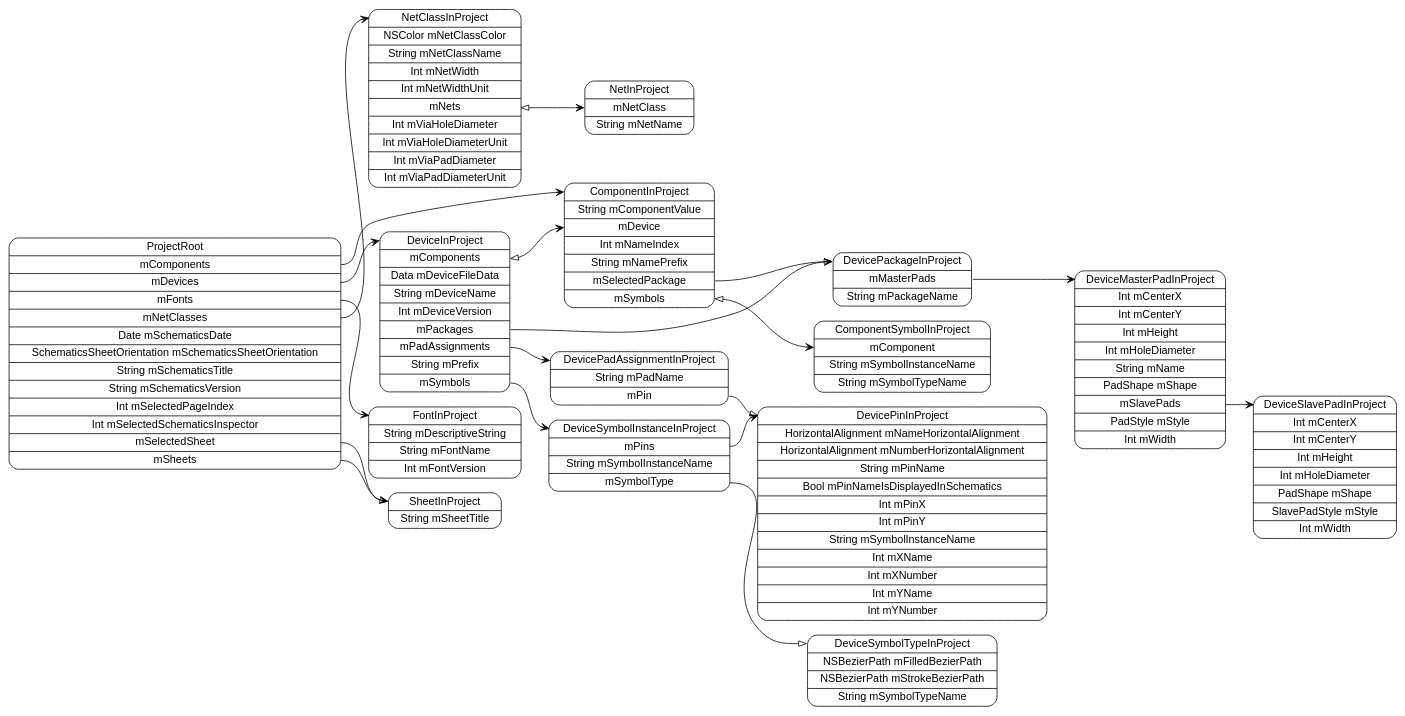
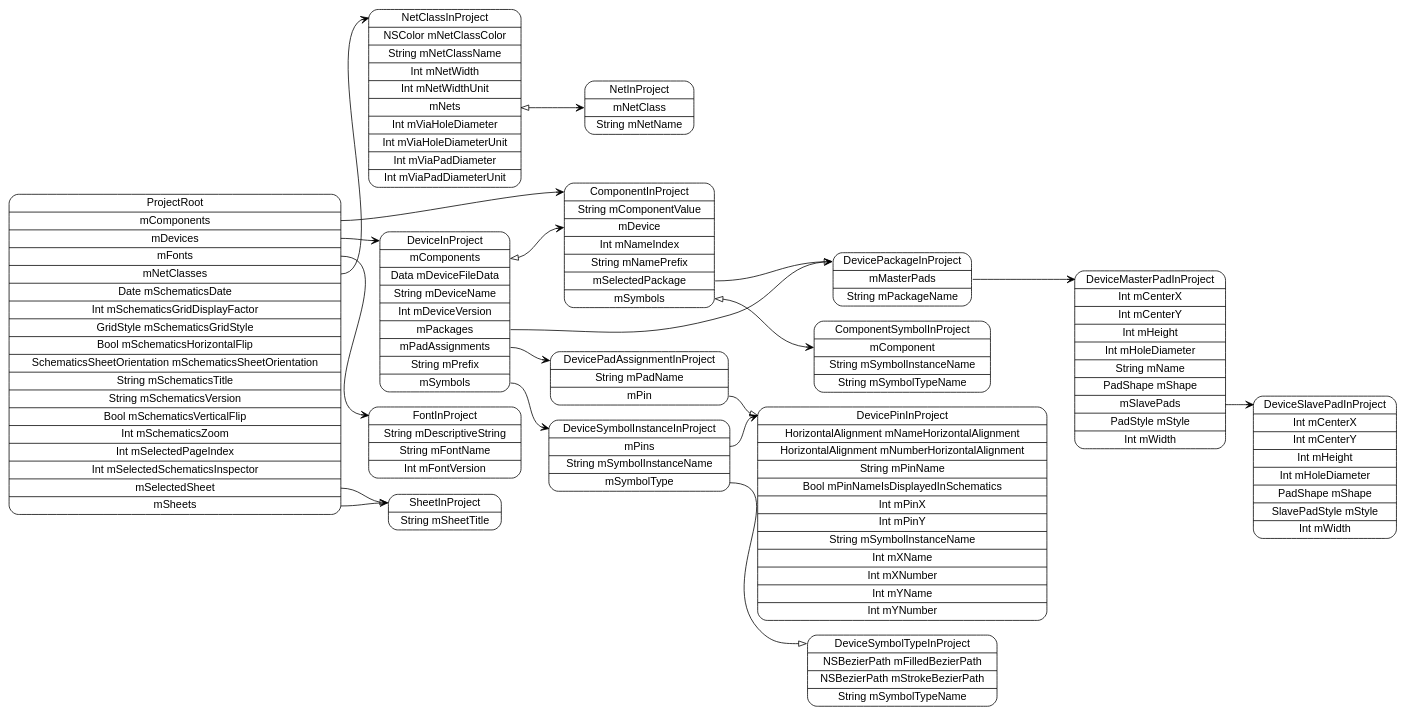
The diagram in models/ProjectRoot.dot (pierremolinaro/ElCanari-dev), drawn with Graphviz before and after one commit. The commit also changed 10 other files, not shown here.

Commit message:
Sheet grid and zoom

```diff
--- a/models/ProjectRoot.dot
+++ b/models/ProjectRoot.dot
@@ -1,37 +1,37 @@
 digraph G {
   rankdir=LR ;
   node [shape=record fontname=helvetica style=rounded] ;
-  ProjectRoot[label="<ProjectRoot>ProjectRoot|<mComponents>mComponents|<mDevices>mDevices|<mFonts>mFonts|<mNetClasses>mNetClasses|Date mSchematicsDate|SchematicsSheetOrientation mSchematicsSheetOrientation|String mSchematicsTitle|String mSchematicsVersion|Int mSelectedPageIndex|Int mSelectedSchematicsInspector|<mSelectedSheet>mSelectedSheet|<mSheets>mSheets"] ;
+  ProjectRoot[label="<ProjectRoot>ProjectRoot|<mComponents>mComponents|<mDevices>mDevices|<mFonts>mFonts|<mNetClasses>mNetClasses|Date mSchematicsDate|Int mSchematicsGridDisplayFactor|GridStyle mSchematicsGridStyle|Bool mSchematicsHorizontalFlip|SchematicsSheetOrientation mSchematicsSheetOrientation|String mSchematicsTitle|String mSchematicsVersion|Bool mSchematicsVerticalFlip|Int mSchematicsZoom|Int mSelectedPageIndex|Int mSelectedSchematicsInspector|<mSelectedSheet>mSelectedSheet|<mSheets>mSheets"] ;
   SheetInProject[label="<SheetInProject>SheetInProject|String mSheetTitle"] ;
   NetClassInProject[label="<NetClassInProject>NetClassInProject|NSColor mNetClassColor|String mNetClassName|Int mNetWidth|Int mNetWidthUnit|<mNets>mNets|Int mViaHoleDiameter|Int mViaHoleDiameterUnit|Int mViaPadDiameter|Int mViaPadDiameterUnit"] ;
   NetInProject[label="<NetInProject>NetInProject|<mNetClass>mNetClass|String mNetName"] ;
   FontInProject[label="<FontInProject>FontInProject|String mDescriptiveString|String mFontName|Int mFontVersion"] ;
   DeviceInProject[label="<DeviceInProject>DeviceInProject|<mComponents>mComponents|Data mDeviceFileData|String mDeviceName|Int mDeviceVersion|<mPackages>mPackages|<mPadAssignments>mPadAssignments|String mPrefix|<mSymbols>mSymbols"] ;
   DeviceSymbolInstanceInProject[label="<DeviceSymbolInstanceInProject>DeviceSymbolInstanceInProject|<mPins>mPins|String mSymbolInstanceName|<mSymbolType>mSymbolType"] ;
   DeviceSymbolTypeInProject[label="<DeviceSymbolTypeInProject>DeviceSymbolTypeInProject|NSBezierPath mFilledBezierPath|NSBezierPath mStrokeBezierPath|String mSymbolTypeName"] ;
   DevicePinInProject[label="<DevicePinInProject>DevicePinInProject|HorizontalAlignment mNameHorizontalAlignment|HorizontalAlignment mNumberHorizontalAlignment|String mPinName|Bool mPinNameIsDisplayedInSchematics|Int mPinX|Int mPinY|String mSymbolInstanceName|Int mXName|Int mXNumber|Int mYName|Int mYNumber"] ;
   DevicePadAssignmentInProject[label="<DevicePadAssignmentInProject>DevicePadAssignmentInProject|String mPadName|<mPin>mPin"] ;
   DevicePackageInProject[label="<DevicePackageInProject>DevicePackageInProject|<mMasterPads>mMasterPads|String mPackageName"] ;
   DeviceMasterPadInProject[label="<DeviceMasterPadInProject>DeviceMasterPadInProject|Int mCenterX|Int mCenterY|Int mHeight|Int mHoleDiameter|String mName|PadShape mShape|<mSlavePads>mSlavePads|PadStyle mStyle|Int mWidth"] ;
   DeviceSlavePadInProject[label="<DeviceSlavePadInProject>DeviceSlavePadInProject|Int mCenterX|Int mCenterY|Int mHeight|Int mHoleDiameter|PadShape mShape|SlavePadStyle mStyle|Int mWidth"] ;
   ComponentInProject[label="<ComponentInProject>ComponentInProject|String mComponentValue|<mDevice>mDevice|Int mNameIndex|String mNamePrefix|<mSelectedPackage>mSelectedPackage|<mSymbols>mSymbols"] ;
   ComponentSymbolInProject[label="<ComponentSymbolInProject>ComponentSymbolInProject|<mComponent>mComponent|String mSymbolInstanceName|String mSymbolTypeName"] ;
   ProjectRoot:mComponents -> ComponentInProject:ComponentInProject [dir=both arrowtail=none arrowhead=vee] ;
   ProjectRoot:mDevices -> DeviceInProject:DeviceInProject [dir=both arrowtail=none arrowhead=vee] ;
   ProjectRoot:mFonts -> FontInProject:FontInProject [dir=both arrowtail=none arrowhead=vee] ;
   ProjectRoot:mNetClasses -> NetClassInProject:NetClassInProject [dir=both arrowtail=none arrowhead=vee] ;
   ProjectRoot:mSelectedSheet -> SheetInProject:SheetInProject [dir=both arrowtail=none arrowhead=onormal] ;
   ProjectRoot:mSheets -> SheetInProject:SheetInProject [dir=both arrowtail=none arrowhead=vee] ;
   NetClassInProject:mNets -> NetInProject:mNetClass [dir=both arrowtail=onormal arrowhead=vee] ;
   DeviceInProject:mComponents -> ComponentInProject:mDevice [dir=both arrowtail=onormal arrowhead=vee] ;
   DeviceInProject:mPackages -> DevicePackageInProject:DevicePackageInProject [dir=both arrowtail=none arrowhead=vee] ;
   DeviceInProject:mPadAssignments -> DevicePadAssignmentInProject:DevicePadAssignmentInProject [dir=both arrowtail=none arrowhead=vee] ;
   DeviceInProject:mSymbols -> DeviceSymbolInstanceInProject:DeviceSymbolInstanceInProject [dir=both arrowtail=none arrowhead=vee] ;
   DeviceSymbolInstanceInProject:mPins -> DevicePinInProject:DevicePinInProject [dir=both arrowtail=none arrowhead=vee] ;
   DeviceSymbolInstanceInProject:mSymbolType -> DeviceSymbolTypeInProject:DeviceSymbolTypeInProject [dir=both arrowtail=none arrowhead=onormal] ;
   DevicePadAssignmentInProject:mPin -> DevicePinInProject:DevicePinInProject [dir=both arrowtail=none arrowhead=onormal] ;
   DevicePackageInProject:mMasterPads -> DeviceMasterPadInProject:DeviceMasterPadInProject [dir=both arrowtail=none arrowhead=vee] ;
   DeviceMasterPadInProject:mSlavePads -> DeviceSlavePadInProject:DeviceSlavePadInProject [dir=both arrowtail=none arrowhead=vee] ;
   ComponentInProject:mSelectedPackage -> DevicePackageInProject:DevicePackageInProject [dir=both arrowtail=none arrowhead=onormal] ;
   ComponentInProject:mSymbols -> ComponentSymbolInProject:mComponent [dir=both arrowtail=onormal arrowhead=vee] ;
 }
```
